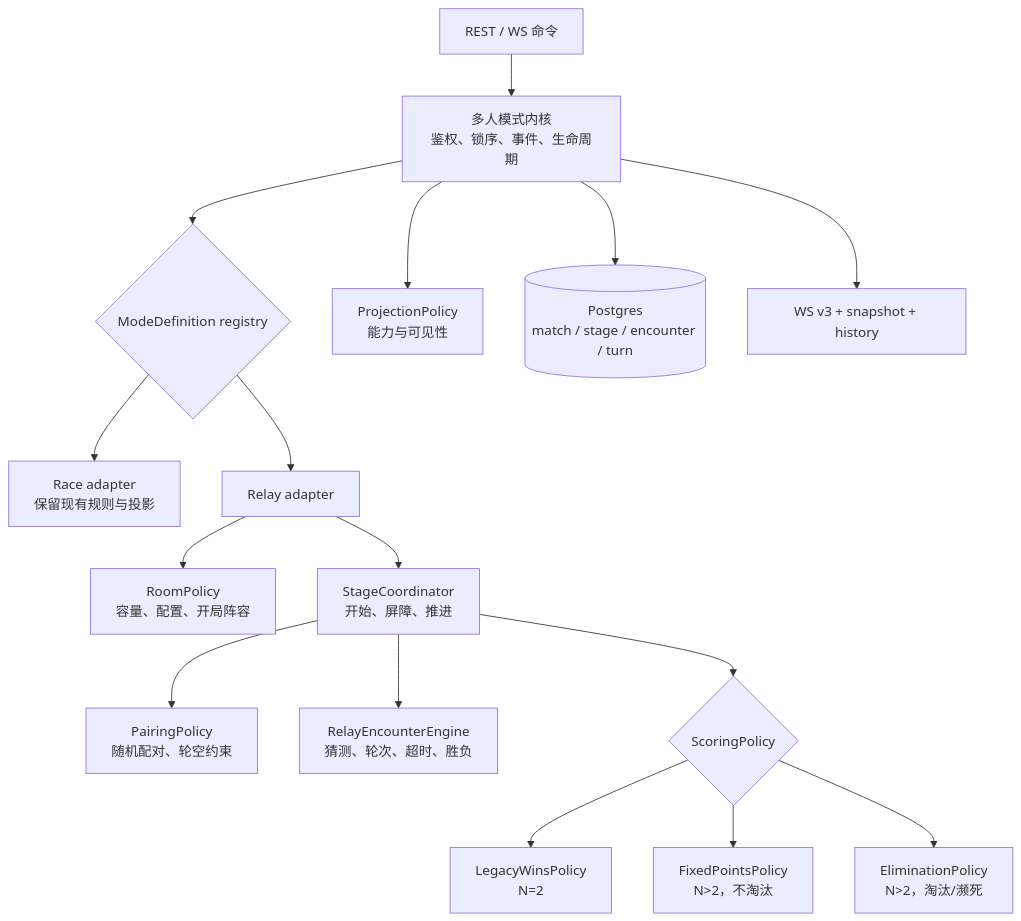
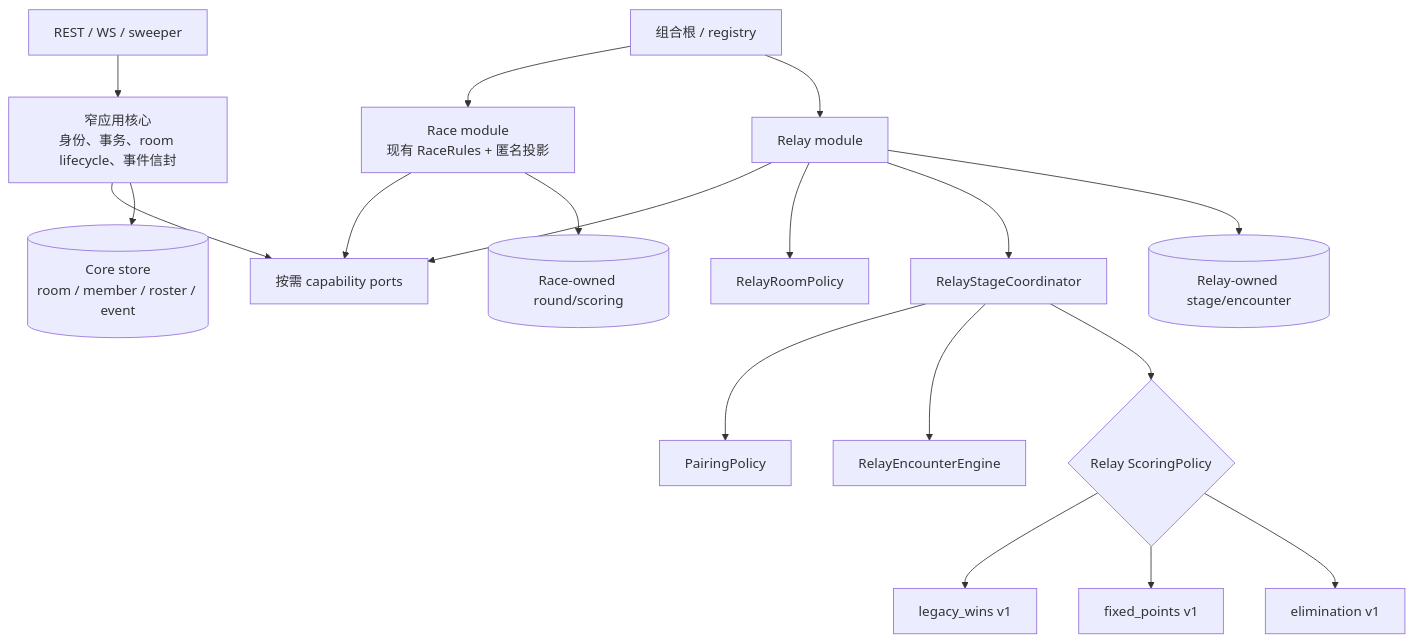
The first of 2 diagrams in docs/multiplayer-relay-expansion/README.md (jachinzhang1/TouhouFlandre), drawn with Mermaid before and after one commit. The commit also changed other lines of this file and 17 other files, not shown here.

Commit message:
docs(multiplayer): modularize relay expansion architecture

````diff
--- a/docs/multiplayer-relay-expansion/README.md
+++ b/docs/multiplayer-relay-expansion/README.md
@@ -55,20 +58,22 @@
 ```mermaid
 flowchart TB
-    COMMAND["REST / WS 命令"] --> KERNEL["多人模式内核<br/>鉴权、锁序、事件、生命周期"]
-    KERNEL --> REGISTRY{"ModeDefinition registry"}
-    REGISTRY --> RACE["Race adapter<br/>保留现有规则与投影"]
-    REGISTRY --> RELAY["Relay adapter"]
+    COMMAND["REST / WS / sweeper"] --> CORE["窄应用核心<br/>身份、事务、room lifecycle、事件信封"]
+    CORE --> PORTS["按需 capability ports"]
+    REGISTRY["组合根 / registry"] --> RACE["Race module<br/>现有 RaceRules + 匿名投影"]
+    REGISTRY --> RELAY["Relay module"]
+    RACE --> PORTS
+    RELAY --> PORTS
 
-    RELAY --> ROOMPOLICY["RoomPolicy<br/>容量、配置、开局阵容"]
-    RELAY --> COORDINATOR["StageCoordinator<br/>开始、屏障、推进"]
-    COORDINATOR --> PAIRING["PairingPolicy<br/>随机配对、轮空约束"]
-    COORDINATOR --> UNIT["RelayEncounterEngine<br/>猜测、轮次、超时、胜负"]
-    COORDINATOR --> SCORING{"ScoringPolicy"}
-    SCORING --> LEGACY["LegacyWinsPolicy<br/>N=2"]
-    SCORING --> POINTS["FixedPointsPolicy<br/>N>2，不淘汰"]
-    SCORING --> ELIM["EliminationPolicy<br/>N>2，淘汰/濒死"]
+    RELAY --> ROOMPOLICY["RelayRoomPolicy"]
+    RELAY --> COORDINATOR["RelayStageCoordinator"]
+    COORDINATOR --> PAIRING["PairingPolicy"]
+    COORDINATOR --> UNIT["RelayEncounterEngine"]
+    COORDINATOR --> SCORING{"Relay ScoringPolicy"}
+    SCORING --> LEGACY["legacy_wins v1"]
+    SCORING --> POINTS["fixed_points v1"]
+    SCORING --> ELIM["elimination v1"]
 
-    KERNEL --> PROJECTOR["ProjectionPolicy<br/>能力与可见性"]
-    KERNEL --> STORE[("Postgres<br/>match / stage / encounter / turn")]
-    KERNEL --> EVENTS["WS v3 + snapshot + history"]
+    CORE --> CORE_STORE[("Core store<br/>room / member / roster / event")]
+    RACE --> RACE_STORE[("Race-owned round/scoring")]
+    RELAY --> RELAY_STORE[("Relay-owned stage/encounter")]
 ```
````
